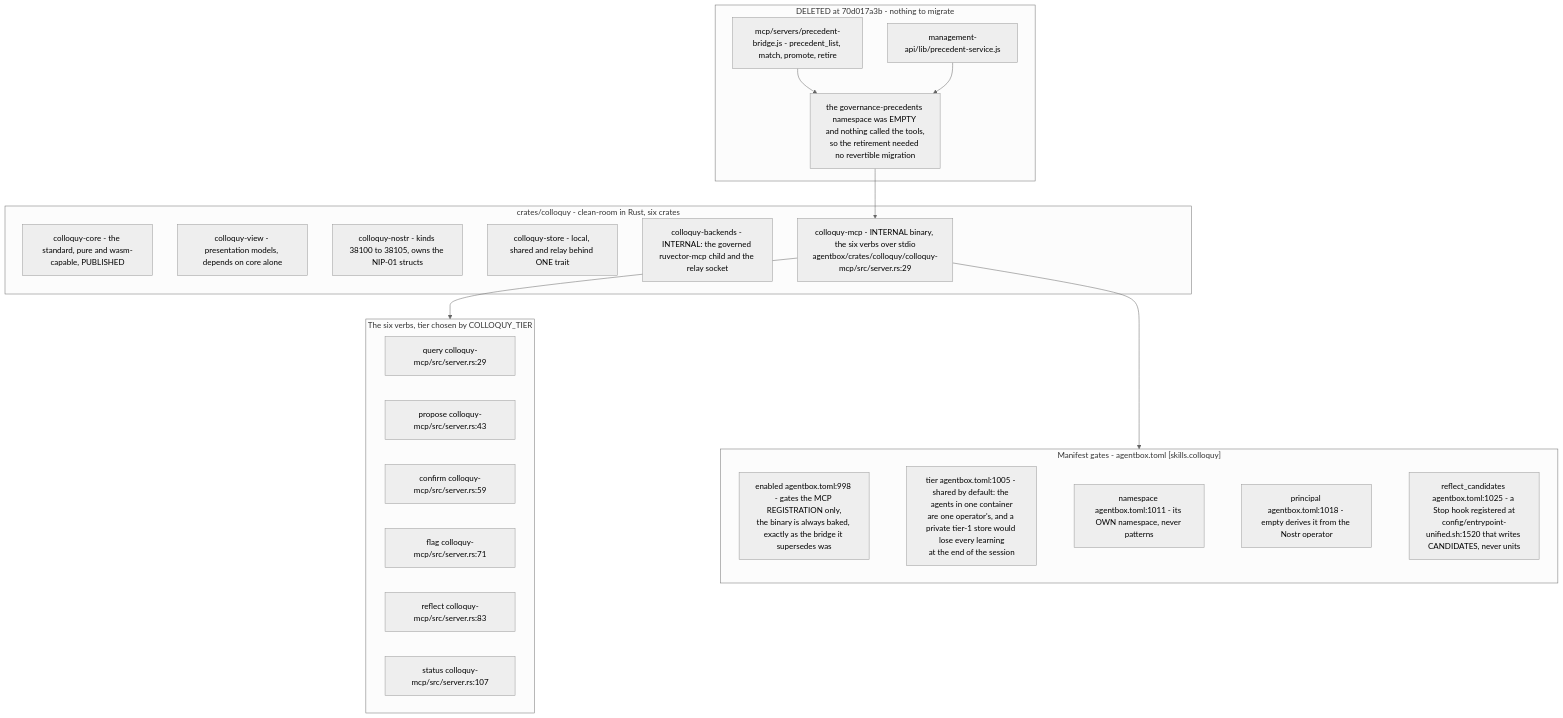
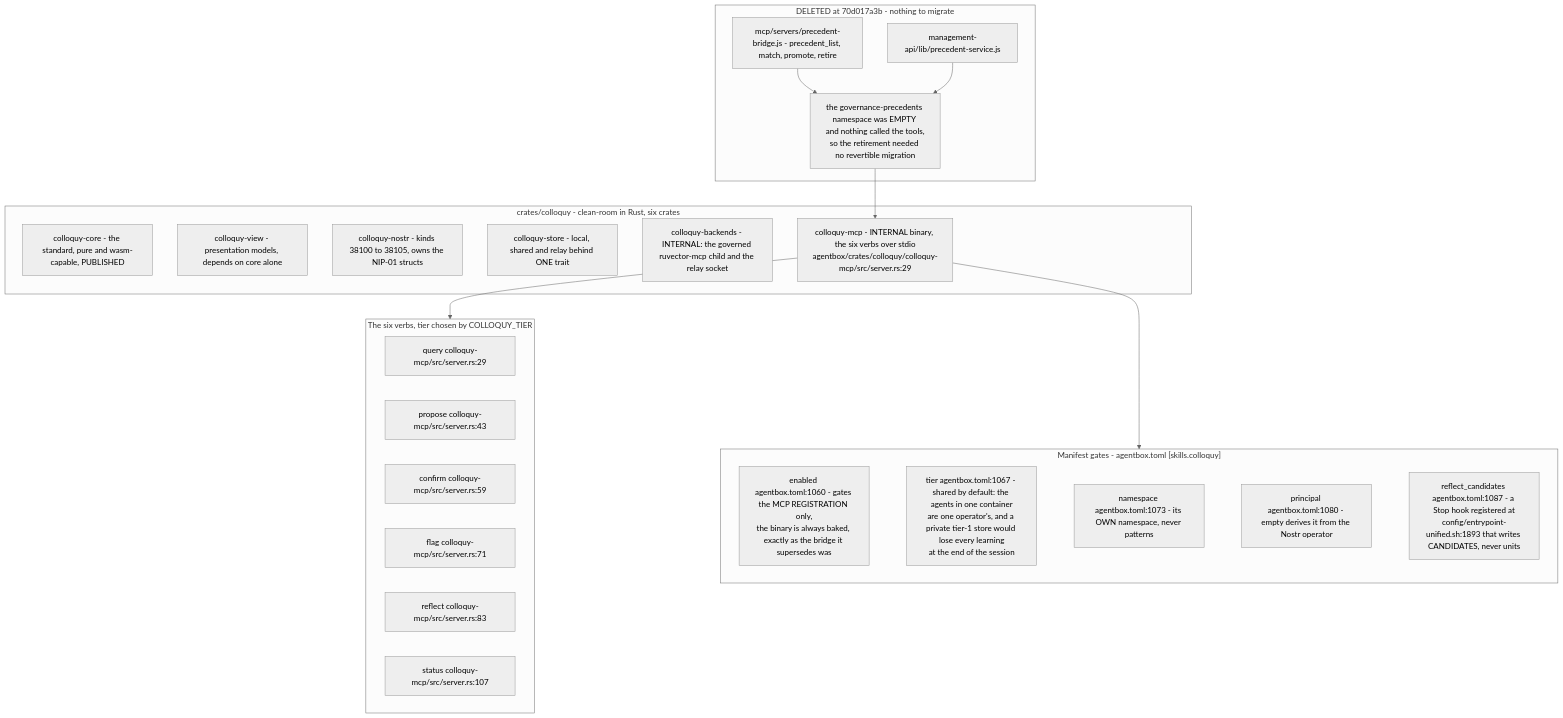
The ninth of 10 diagrams in docs/diagrams/agentbox/28-agentbox-services-and-manifest-binary.md (DreamLab-AI/VisionFlow), drawn with Mermaid (neutral theme) before and after one commit. The commit also changed other lines of this file and 111 other files, not shown here.

Commit message:
docs(diagrams): align estate maps with current source

````diff
--- a/docs/diagrams/agentbox/28-agentbox-services-and-manifest-binary.md
+++ b/docs/diagrams/agentbox/28-agentbox-services-and-manifest-binary.md
@@ -396,37 +396,37 @@
 ```mermaid
 flowchart TB
     subgraph gone["DELETED at 70d017a3b - nothing to migrate"]
         G1["mcp/servers/precedent-bridge.js - precedent_list, match, promote, retire"]
         G2["management-api/lib/precedent-service.js"]
         G3["the governance-precedents namespace was EMPTY and nothing called the tools,<br/>so the retirement needed no revertible migration"]
         G1 --> G3
         G2 --> G3
     end
     subgraph crates["crates/colloquy - clean-room in Rust, six crates"]
         P1["colloquy-core - the standard, pure and wasm-capable, PUBLISHED"]
         P2["colloquy-view - presentation models, depends on core alone"]
         P3["colloquy-nostr - kinds 38100 to 38105, owns the NIP-01 structs"]
         P4["colloquy-store - local, shared and relay behind ONE trait"]
         P5["colloquy-backends - INTERNAL: the governed ruvector-mcp child and the relay socket"]
         P6["colloquy-mcp - INTERNAL binary, the six verbs over stdio<br/>agentbox/crates/colloquy/colloquy-mcp/src/server.rs:29"]
     end
     G3 --> P6
     subgraph verbs["The six verbs, tier chosen by COLLOQUY_TIER"]
         V1["query colloquy-mcp/src/server.rs:29"]
         V2["propose colloquy-mcp/src/server.rs:43"]
         V3["confirm colloquy-mcp/src/server.rs:59"]
         V4["flag colloquy-mcp/src/server.rs:71"]
         V5["reflect colloquy-mcp/src/server.rs:83"]
         V6["status colloquy-mcp/src/server.rs:107"]
     end
     P6 --> verbs
     subgraph gates["Manifest gates - agentbox.toml [skills.colloquy]"]
-        M1["enabled agentbox.toml:998 - gates the MCP REGISTRATION only,<br/>the binary is always baked, exactly as the bridge it supersedes was"]
-        M2["tier agentbox.toml:1005 - shared by default: the agents in one container<br/>are one operator's, and a private tier-1 store would lose every learning<br/>at the end of the session"]
-        M3["namespace agentbox.toml:1011 - its OWN namespace, never patterns"]
-        M4["principal agentbox.toml:1018 - empty derives it from the Nostr operator"]
-        M5["reflect_candidates agentbox.toml:1025 - a Stop hook registered at<br/>config/entrypoint-unified.sh:1520 that writes CANDIDATES, never units"]
+        M1["enabled agentbox.toml:1060 - gates the MCP REGISTRATION only,<br/>the binary is always baked, exactly as the bridge it supersedes was"]
+        M2["tier agentbox.toml:1067 - shared by default: the agents in one container<br/>are one operator's, and a private tier-1 store would lose every learning<br/>at the end of the session"]
+        M3["namespace agentbox.toml:1073 - its OWN namespace, never patterns"]
+        M4["principal agentbox.toml:1080 - empty derives it from the Nostr operator"]
+        M5["reflect_candidates agentbox.toml:1087 - a Stop hook registered at<br/>config/entrypoint-unified.sh:1893 that writes CANDIDATES, never units"]
         M1 ~~~ M2 ~~~ M3 ~~~ M4 ~~~ M5
     end
     P6 --> gates
 ```
````
